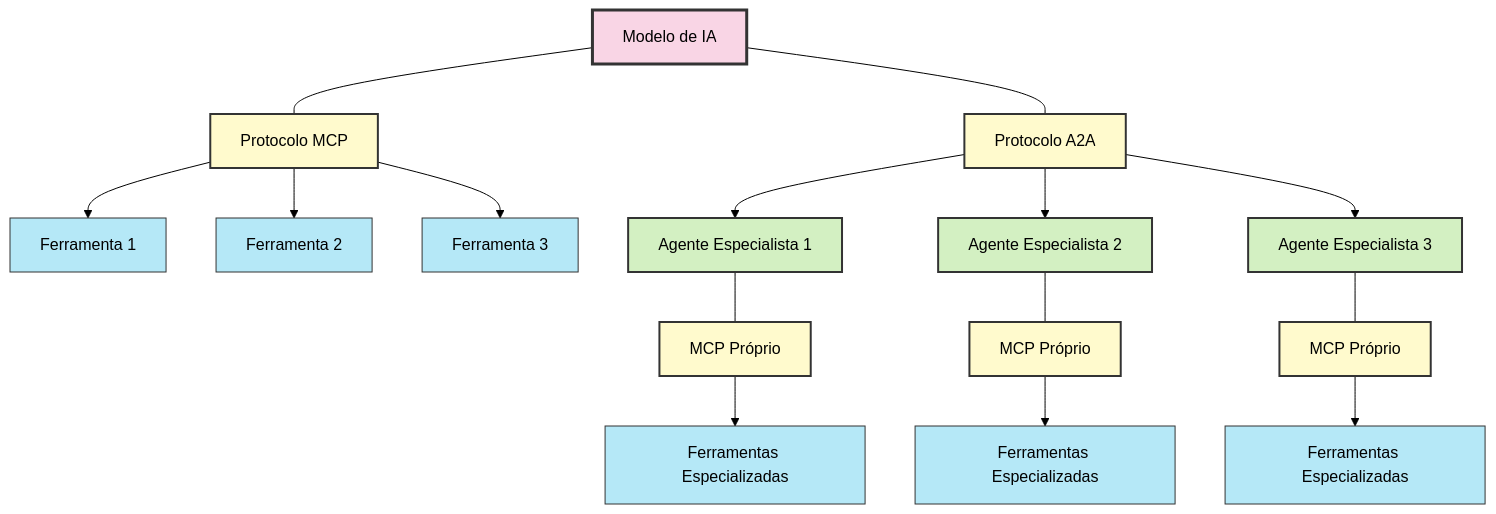
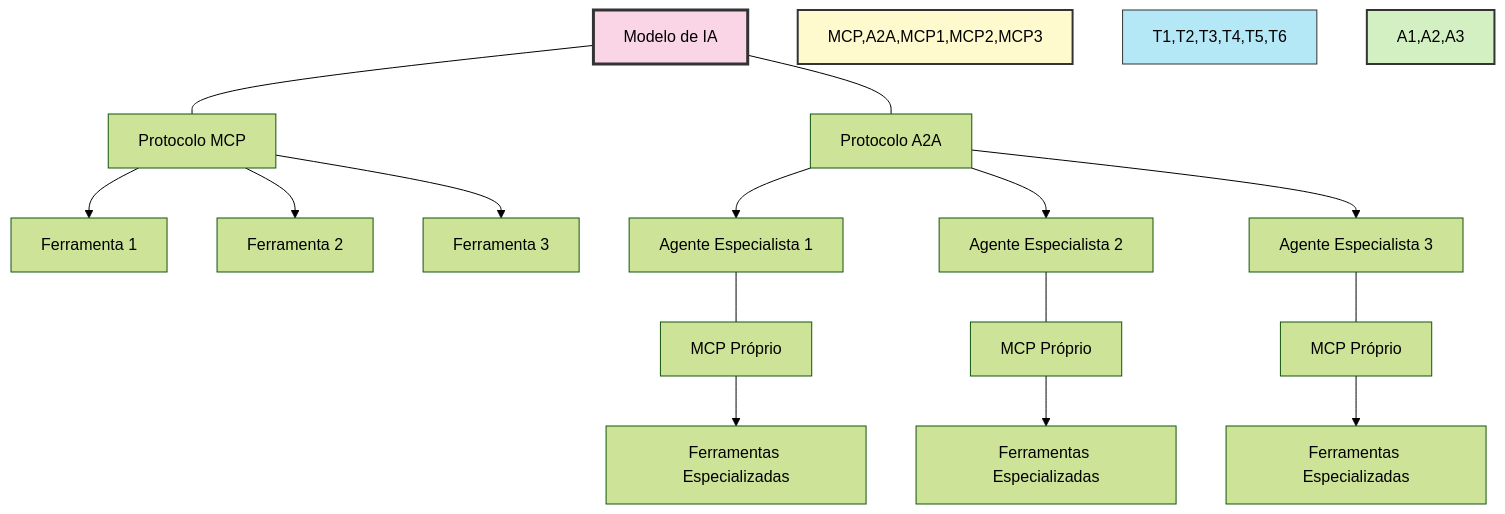
One commit to felipepimentel/my-public-notes changed the fifth of 11 diagrams in AI/Communication/A2A/a2a - overview.md. Above: the diagram before and after it, drawn with Mermaid (forest theme). The commit also changed other lines of this file, not shown here.

````diff
--- a/AI/Communication/A2A/a2a - overview.md
+++ b/AI/Communication/A2A/a2a - overview.md
@@ -137,49 +174,26 @@
 ```mermaid
-
 graph TD
-
-M[Modelo de IA] --- MCP[Protocolo MCP]
-
-M --- A2A[Protocolo A2A]
-
-MCP --> T1[Ferramenta 1]
-
-MCP --> T2[Ferramenta 2]
-
-MCP --> T3[Ferramenta 3]
-
-A2A --> A1[Agente Especialista 1]
-
-A2A --> A2[Agente Especialista 2]
-
-A2A --> A3[Agente Especialista 3]
-
-A1 --- MCP1[MCP Próprio]
-
-A2 --- MCP2[MCP Próprio]
-
-A3 --- MCP3[MCP Próprio]
-
-MCP1 --> T4[Ferramentas Especializadas]
-
-MCP2 --> T5[Ferramentas Especializadas]
-
-MCP3 --> T6[Ferramentas Especializadas]
-
-classDef model fill:#f9d5e5,stroke:#333,stroke-width:3px;
-
-classDef proto fill:#fffacd,stroke:#333,stroke-width:2px;
-
-classDef tool fill:#b5e8f7,stroke:#333,stroke-width:1px;
-
-classDef agent fill:#d3f0c2,stroke:#333,stroke-width:2px;
-
-class M model;
-
-class MCP,A2A,MCP1,MCP2,MCP3 proto;
-
-class T1,T2,T3,T4,T5,T6 tool;
-
-class A1,A2,A3 agent;
-
+    M[Modelo de IA] --- MCP[Protocolo MCP]
+    M --- A2A[Protocolo A2A]
+    
+    MCP --> T1[Ferramenta 1]
+    MCP --> T2[Ferramenta 2]
+    MCP --> T3[Ferramenta 3]
+    
+    A2A --> A1[Agente Especialista 1]
+    A2A --> A2[Agente Especialista 2]
+    A2A --> A3[Agente Especialista 3]
+    
+    A1 --- MCP1[MCP Próprio]
+    A2 --- MCP2[MCP Próprio]
+    A3 --- MCP3[MCP Próprio]
+    
+    MCP1 --> T4[Ferramentas Especializadas]
+    MCP2 --> T5[Ferramentas Especializadas]
+    MCP3 --> T6[Ferramentas Especializadas]
+    
+    style M fill:#f9d5e5,stroke:#333,stroke-width:3px
+    style MCP,A2A,MCP1,MCP2,MCP3 fill:#fffacd,stroke:#333,stroke-width:2px
+    style T1,T2,T3,T4,T5,T6 fill:#b5e8f7,stroke:#333,stroke-width:1px
+    style A1,A2,A3 fill:#d3f0c2,stroke:#333,stroke-width:2px
 ```
````
